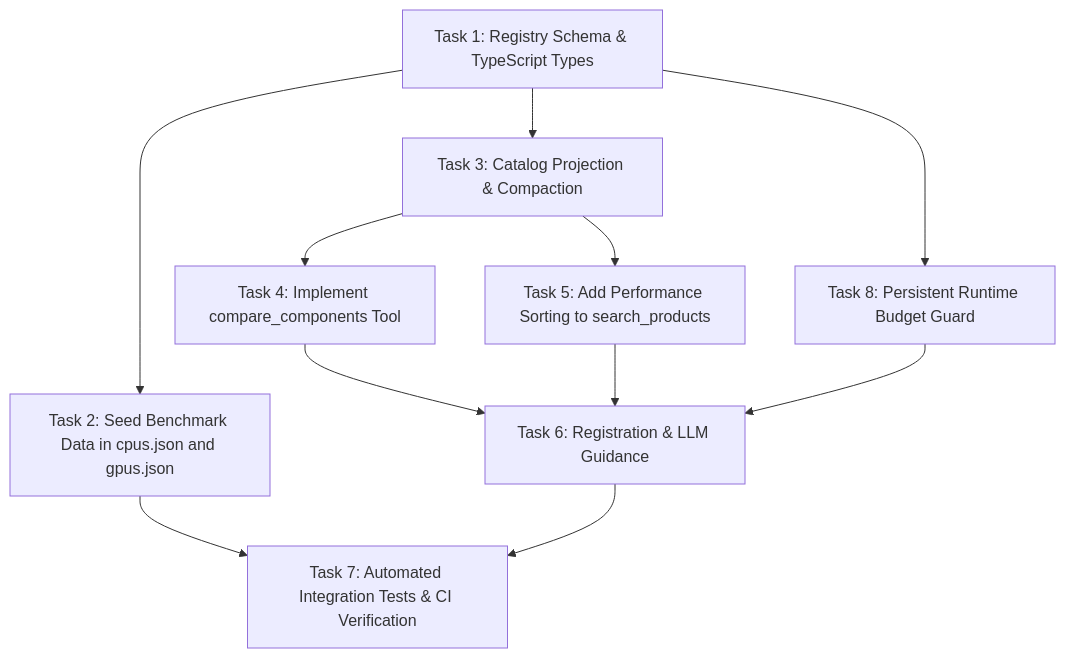
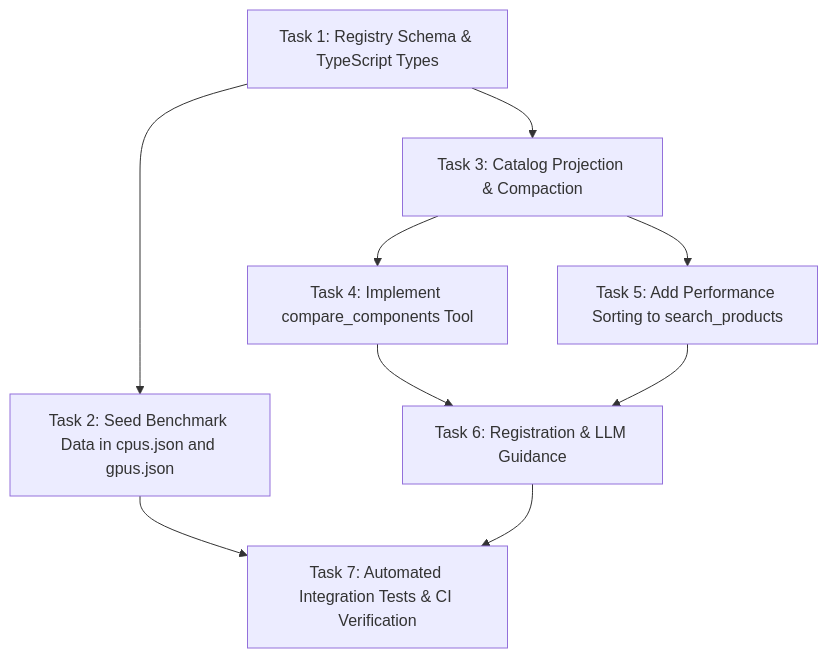
The diagram in docs/benchmark-and-performance-ranks-plan.md (ManishModak/pcbuildsage), drawn with Mermaid before and after one commit. The commit also changed other lines of this file, not shown here.

````diff
--- a/docs/benchmark-and-performance-ranks-plan.md
+++ b/docs/benchmark-and-performance-ranks-plan.md
@@ -258,13 +258,11 @@
 ```mermaid
 graph TD
     T1[Task 1: Registry Schema & TypeScript Types] --> T2[Task 2: Seed Benchmark Data in cpus.json and gpus.json]
     T1 --> T3[Task 3: Catalog Projection & Compaction]
     T3 --> T4[Task 4: Implement compare_components Tool]
     T3 --> T5[Task 5: Add Performance Sorting to search_products]
-    T1 --> T8[Task 8: Persistent Runtime Budget Guard]
     T4 --> T6[Task 6: Registration & LLM Guidance]
-    T8 --> T6
     T2 --> T7
     T5 --> T6
     T6 --> T7[Task 7: Automated Integration Tests & CI Verification]
 ```
````
